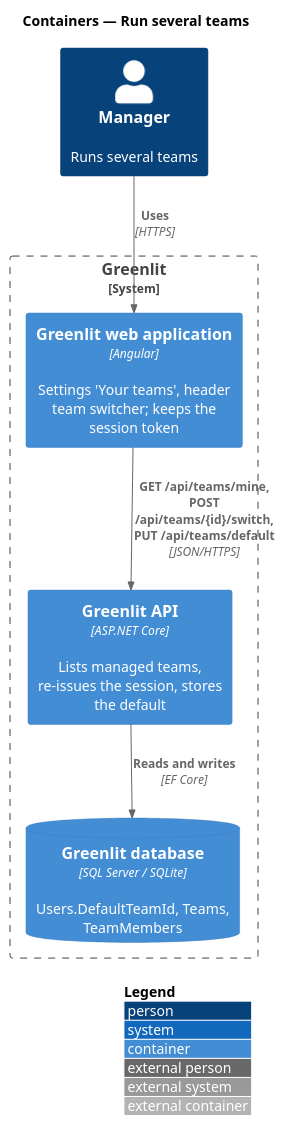
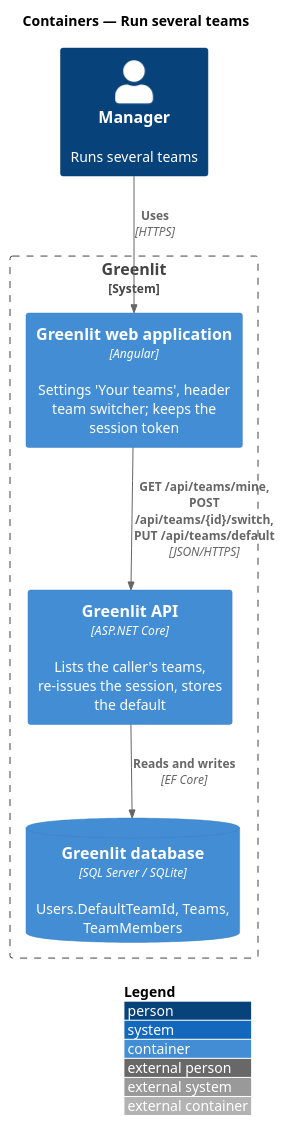
The diagram in docs/detailed-designs/teams/switch-team/diagrams/c4-container.puml (QuinntyneBrown/greenlit), drawn with PlantUML before and after one commit. The commit also changed 43 other files, not shown here.

```diff
--- a/docs/detailed-designs/teams/switch-team/diagrams/c4-container.puml
+++ b/docs/detailed-designs/teams/switch-team/diagrams/c4-container.puml
@@ -1,16 +1,16 @@
 @startuml
 !include <C4/C4_Container>
 LAYOUT_WITH_LEGEND()
 title Containers — Run several teams
 
 Person(manager, "Manager", "Runs several teams")
 System_Boundary(g, "Greenlit") {
   Container(spa, "Greenlit web application", "Angular", "Settings 'Your teams', header team switcher; keeps the session token")
-  Container(api, "Greenlit API", "ASP.NET Core", "Lists managed teams, re-issues the session, stores the default")
+  Container(api, "Greenlit API", "ASP.NET Core", "Lists the caller's teams, re-issues the session, stores the default")
   ContainerDb(db, "Greenlit database", "SQL Server / SQLite", "Users.DefaultTeamId, Teams, TeamMembers")
 }
 
 Rel(manager, spa, "Uses", "HTTPS")
 Rel(spa, api, "GET /api/teams/mine, POST /api/teams/{id}/switch, PUT /api/teams/default", "JSON/HTTPS")
 Rel(api, db, "Reads and writes", "EF Core")
 @enduml
```
